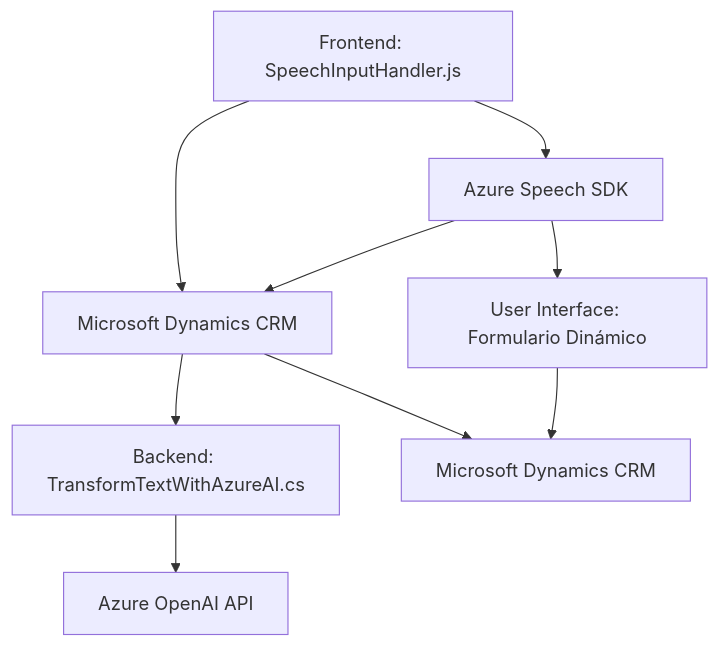
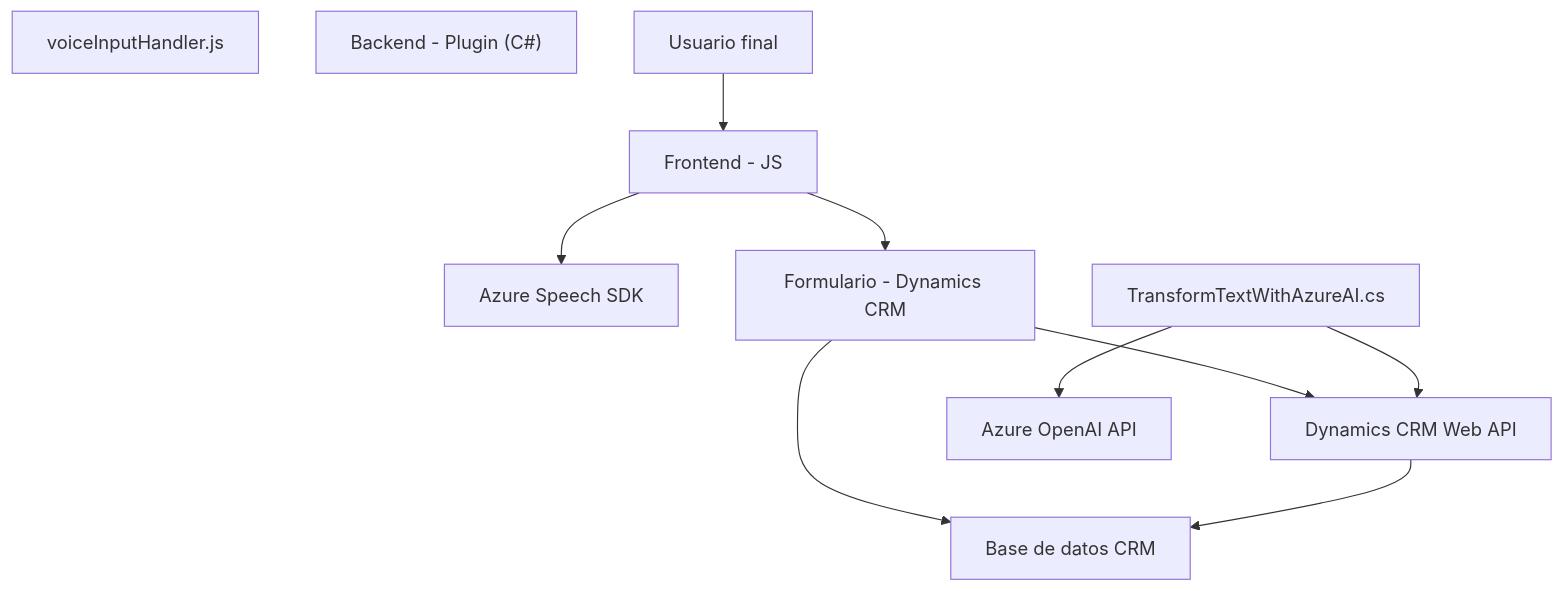
Before and after one commit to blopezdm/NETCORE_BILBAO2025: the diagram in README.md, drawn with Mermaid. The commit also changed other lines of this file, not shown here.

````diff
--- a/README.md
+++ b/README.md
@@ -39,11 +50,22 @@
 ```mermaid
 graph TD
-    A["Frontend: SpeechInputHandler.js"] --> B["Azure Speech SDK"]
-    A --> C["Microsoft Dynamics CRM"]
-    B --> C
-    B --> D["User Interface: Formulario Dinámico"]
-    C --> E["Backend: TransformTextWithAzureAI.cs"]
-    E --> F["Azure OpenAI API"]
-    C --> G["Microsoft Dynamics CRM"]
-    D --> G
+    A["Frontend - JS"]
+    B["voiceInputHandler.js"]
+    C["Azure Speech SDK"]
+    D["Dynamics CRM Web API"]
+    E["Backend - Plugin (C#)"]
+    F["TransformTextWithAzureAI.cs"]
+    G["Azure OpenAI API"]
+    H["Formulario - Dynamics CRM"]
+    I["Base de datos CRM"]
+    J["Usuario final"]
+
+    J --> A
+    A --> H
+    A --> C
+    H --> D
+    F --> G
+    F --> D
+    H --> I
+    D --> I
 ```
````
